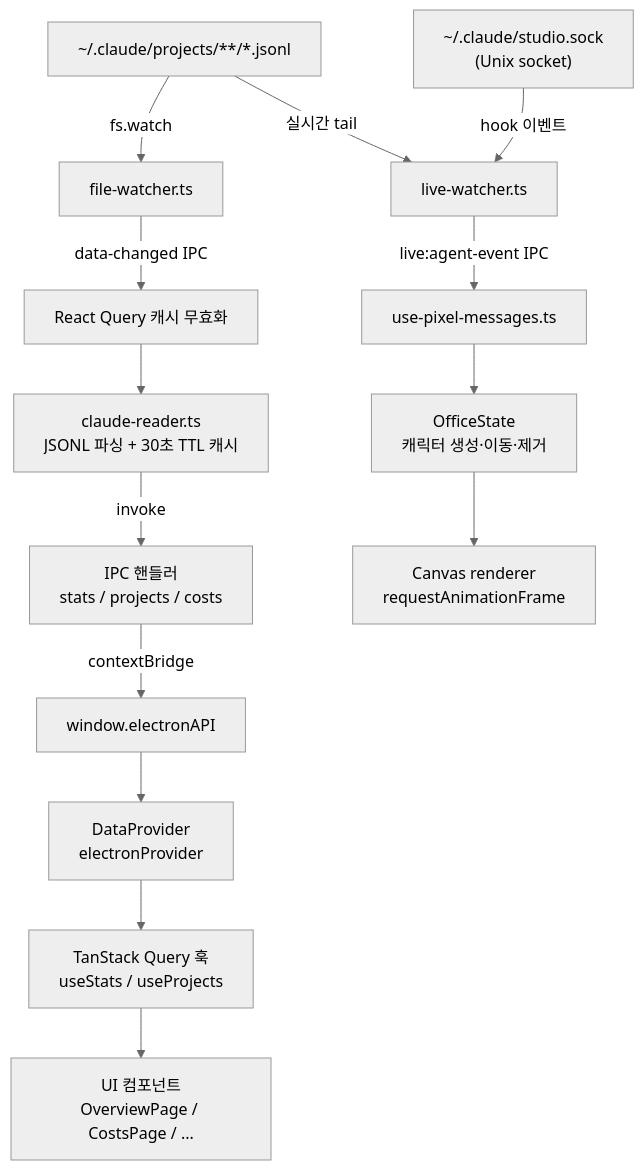
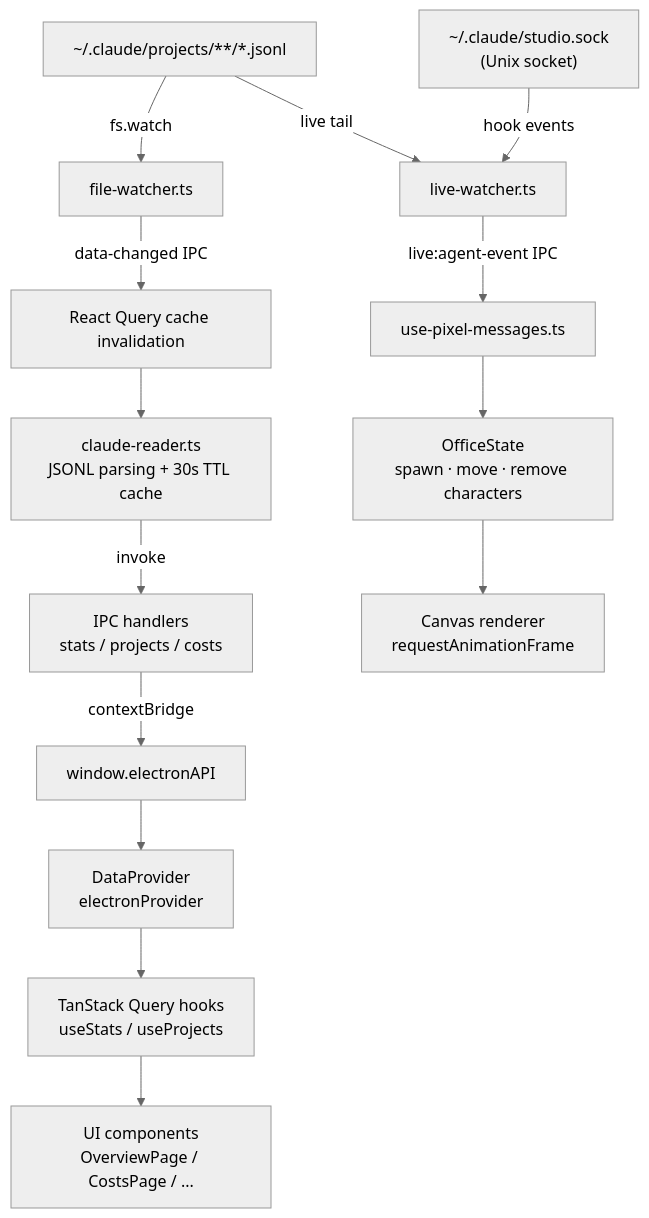
One commit to claude-studio/claude-studio changed the first of 2 diagrams in README.md. Above: the diagram before and after it, drawn with Mermaid (neutral theme). The commit also changed other lines of this file and 6 other files, not shown here.

````diff
--- a/README.md
+++ b/README.md
@@ -49,19 +50,19 @@
 ```mermaid
 graph TD
     A["~/.claude/projects/**/*.jsonl"] -->|fs.watch| B[file-watcher.ts]
-    A -->|실시간 tail| C[live-watcher.ts]
-    D["~/.claude/studio.sock\n(Unix socket)"] -->|hook 이벤트| C
+    A -->|live tail| C[live-watcher.ts]
+    D["~/.claude/studio.sock\n(Unix socket)"] -->|hook events| C
 
-    B -->|data-changed IPC| E[React Query 캐시 무효화]
+    B -->|data-changed IPC| E[React Query cache invalidation]
     C -->|live:agent-event IPC| F[use-pixel-messages.ts]
 
-    G[claude-reader.ts\nJSONL 파싱 + 30초 TTL 캐시] -->|invoke| H[IPC 핸들러\nstats / projects / costs]
+    G[claude-reader.ts\nJSONL parsing + 30s TTL cache] -->|invoke| H[IPC handlers\nstats / projects / costs]
     H -->|contextBridge| I[window.electronAPI]
     I --> J[DataProvider\nelectronProvider]
-    J --> K[TanStack Query 훅\nuseStats / useProjects]
-    K --> L[UI 컴포넌트\nOverviewPage / CostsPage / ...]
+    J --> K[TanStack Query hooks\nuseStats / useProjects]
+    K --> L[UI components\nOverviewPage / CostsPage / ...]
 
     E --> G
-    F --> M[OfficeState\n캐릭터 생성·이동·제거]
+    F --> M[OfficeState\nspawn · move · remove characters]
     M --> N[Canvas renderer\nrequestAnimationFrame]
 ```
````
